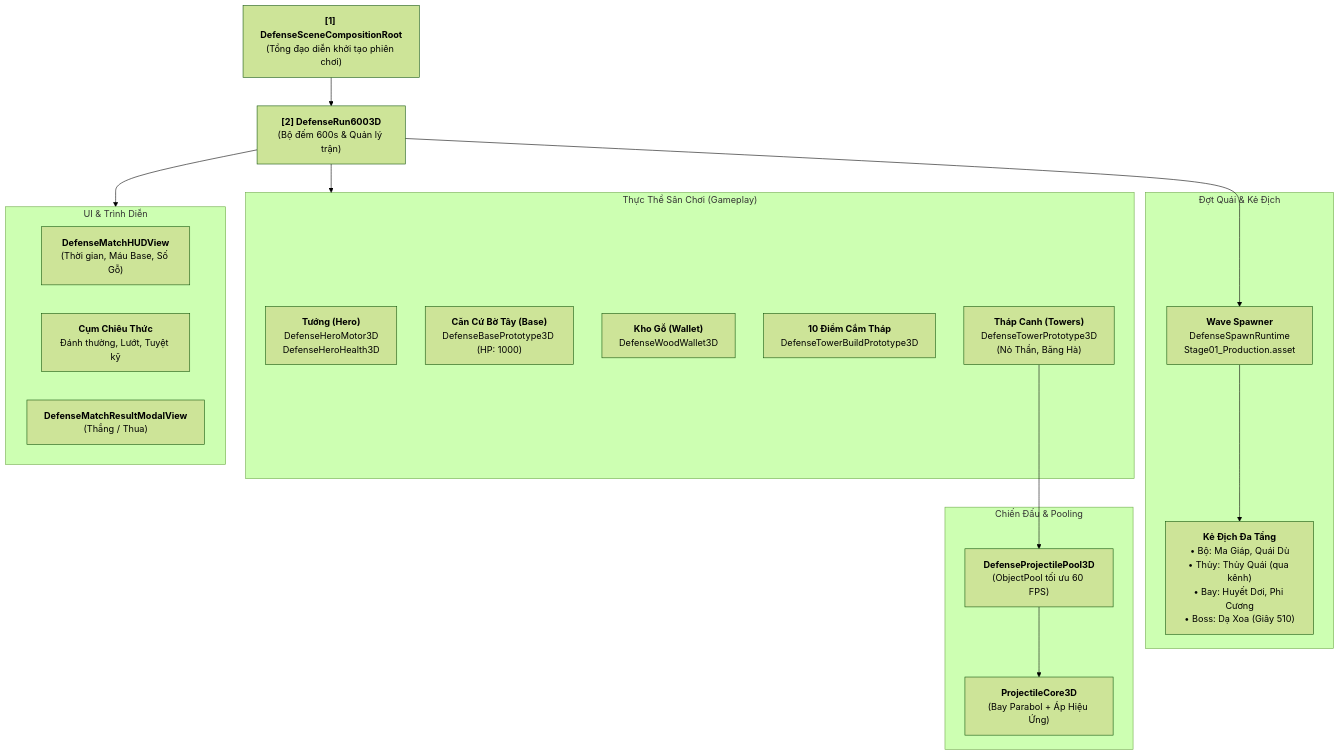
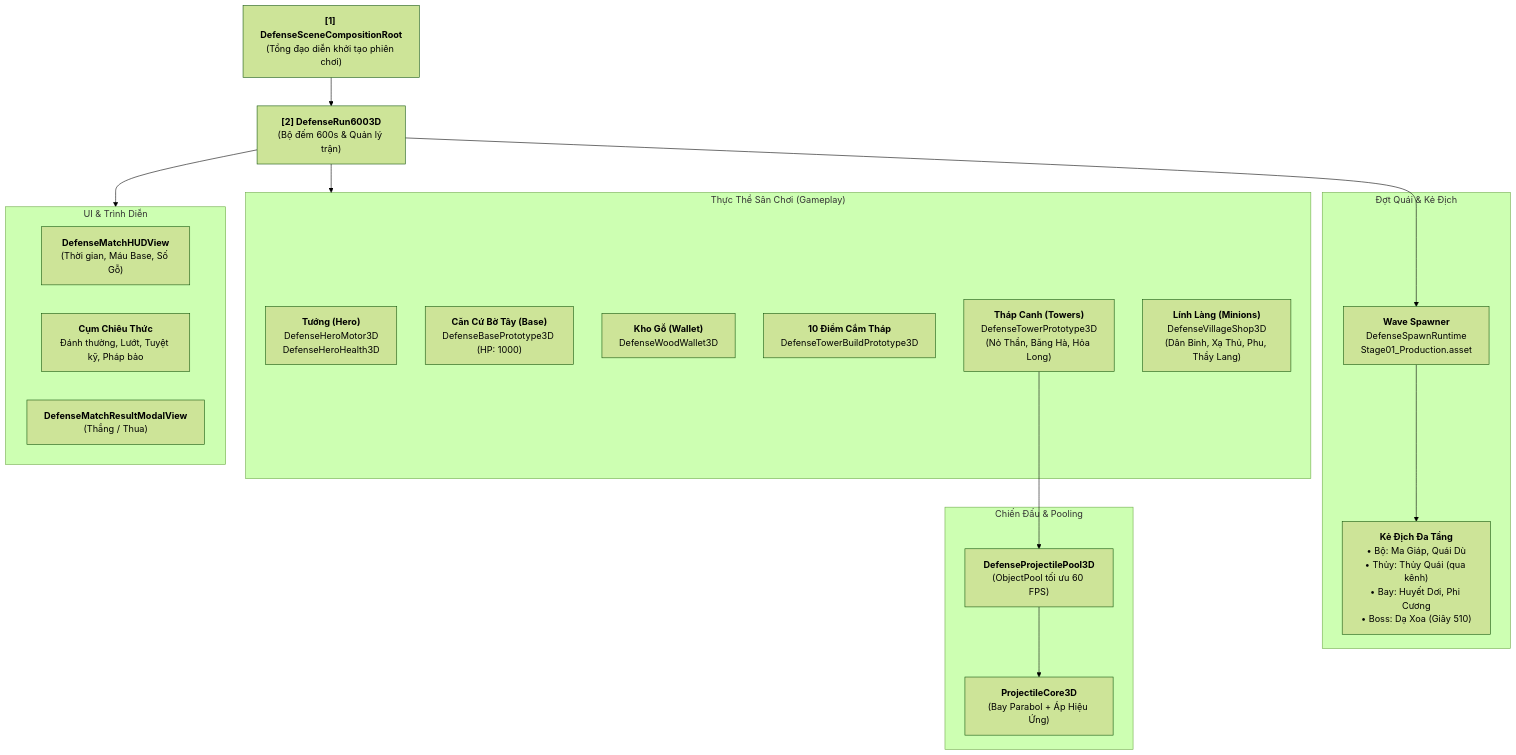
One commit to thuongtran1210/Projectzombie changed the diagram in Docs/DEFENSE_3D_ARCHITECTURE_GUIDE_VI.md. Above: the diagram before and after it, drawn with Mermaid (forest theme). The commit also changed other lines of this file and 8 other files, not shown here.

Commit message:
docs(project): cap nhat Task roadmap G6-G7, Single Source of Truth va Migration Status

````diff
--- a/Docs/DEFENSE_3D_ARCHITECTURE_GUIDE_VI.md
+++ b/Docs/DEFENSE_3D_ARCHITECTURE_GUIDE_VI.md
@@ -11,38 +11,39 @@
 ```mermaid
 graph TD
     Root["<b>[1] DefenseSceneCompositionRoot</b><br/>(Tổng đạo diễn khởi tạo phiên chơi)"]
     Run["<b>[2] DefenseRun6003D</b><br/>(Bộ đếm 600s & Quản lý trận)"]
     
     Root --> Run
     
     subgraph Sân_Chơi ["Thực Thể Sân Chơi (Gameplay)"]
         Hero["<b>Tướng (Hero)</b><br/>DefenseHeroMotor3D<br/>DefenseHeroHealth3D"]
         Base["<b>Căn Cứ Bờ Tây (Base)</b><br/>DefenseBasePrototype3D (HP: 1000)"]
         Wallet["<b>Kho Gỗ (Wallet)</b><br/>DefenseWoodWallet3D"]
         Sockets["<b>10 Điểm Cắm Tháp</b><br/>DefenseTowerBuildPrototype3D"]
-        Towers["<b>Tháp Canh (Towers)</b><br/>DefenseTowerPrototype3D<br/>(Nỏ Thần, Băng Hà)"]
+        Towers["<b>Tháp Canh (Towers)</b><br/>DefenseTowerPrototype3D<br/>(Nỏ Thần, Băng Hà, Hỏa Long)"]
+        Minions["<b>Lính Làng (Minions)</b><br/>DefenseVillageShop3D<br/>(Dân Binh, Xạ Thủ, Phu, Thầy Lang)"]
     end
     
     subgraph Sinh_Quái ["Đợt Quái & Kẻ Địch"]
         Planner["<b>Wave Spawner</b><br/>DefenseSpawnRuntime<br/>Stage01_Production.asset"]
         Enemies["<b>Kẻ Địch Đa Tầng</b><br/>• Bộ: Ma Giáp, Quái Dù<br/>• Thủy: Thủy Quái (qua kênh)<br/>• Bay: Huyết Dơi, Phi Cương<br/>• Boss: Dạ Xoa (Giây 510)"]
     end
     
     subgraph Đạn_VFX ["Chiến Đấu & Pooling"]
         Pool["<b>DefenseProjectilePool3D</b><br/>(ObjectPool tối ưu 60 FPS)"]
         Proj["<b>ProjectileCore3D</b><br/>(Bay Parabol + Áp Hiệu Ứng)"]
     end
     
     subgraph Giao_Diện ["UI & Trình Diễn"]
         HUD["<b>DefenseMatchHUDView</b><br/>(Thời gian, Máu Base, Số Gỗ)"]
-        Skills["<b>Cụm Chiêu Thức</b><br/>Đánh thường, Lướt, Tuyệt kỹ"]
+        Skills["<b>Cụm Chiêu Thức</b><br/>Đánh thường, Lướt, Tuyệt kỹ, Pháp bảo"]
         ResultModal["<b>DefenseMatchResultModalView</b><br/>(Thắng / Thua)"]
     end
     
     Run --> Planner
     Planner --> Enemies
     Run --> Sân_Chơi
     Towers --> Pool
     Pool --> Proj
     Run --> Giao_Diện
 ```
````
